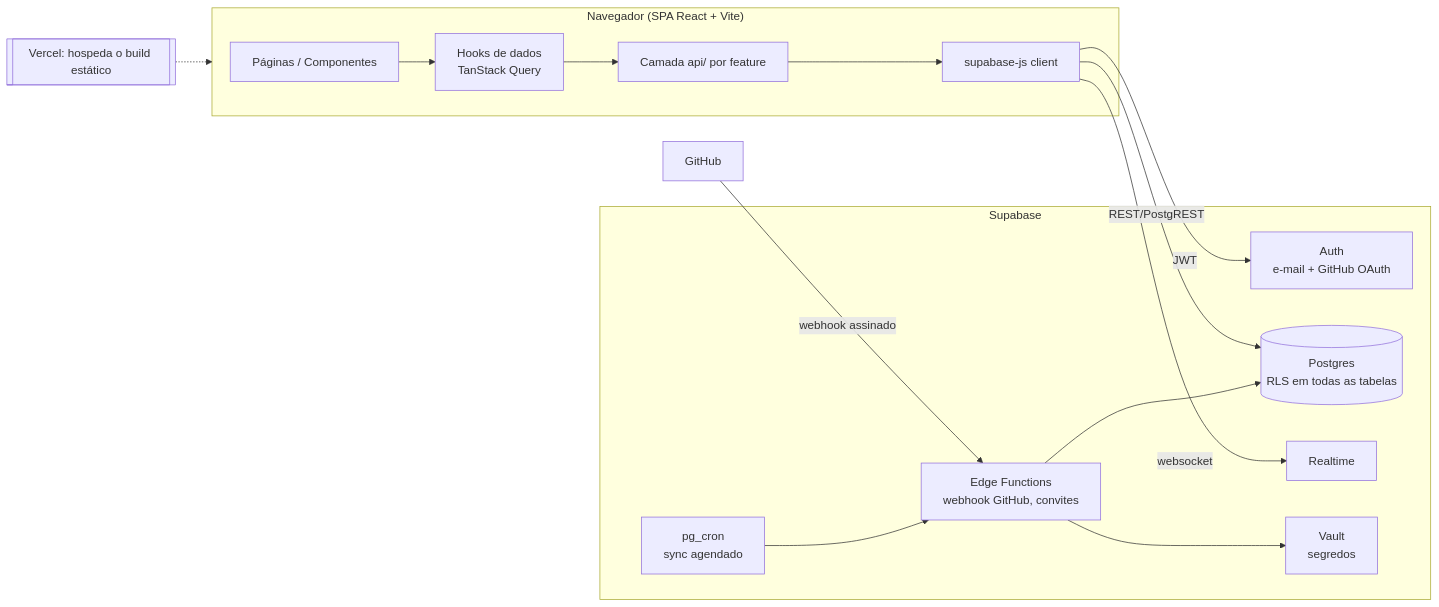
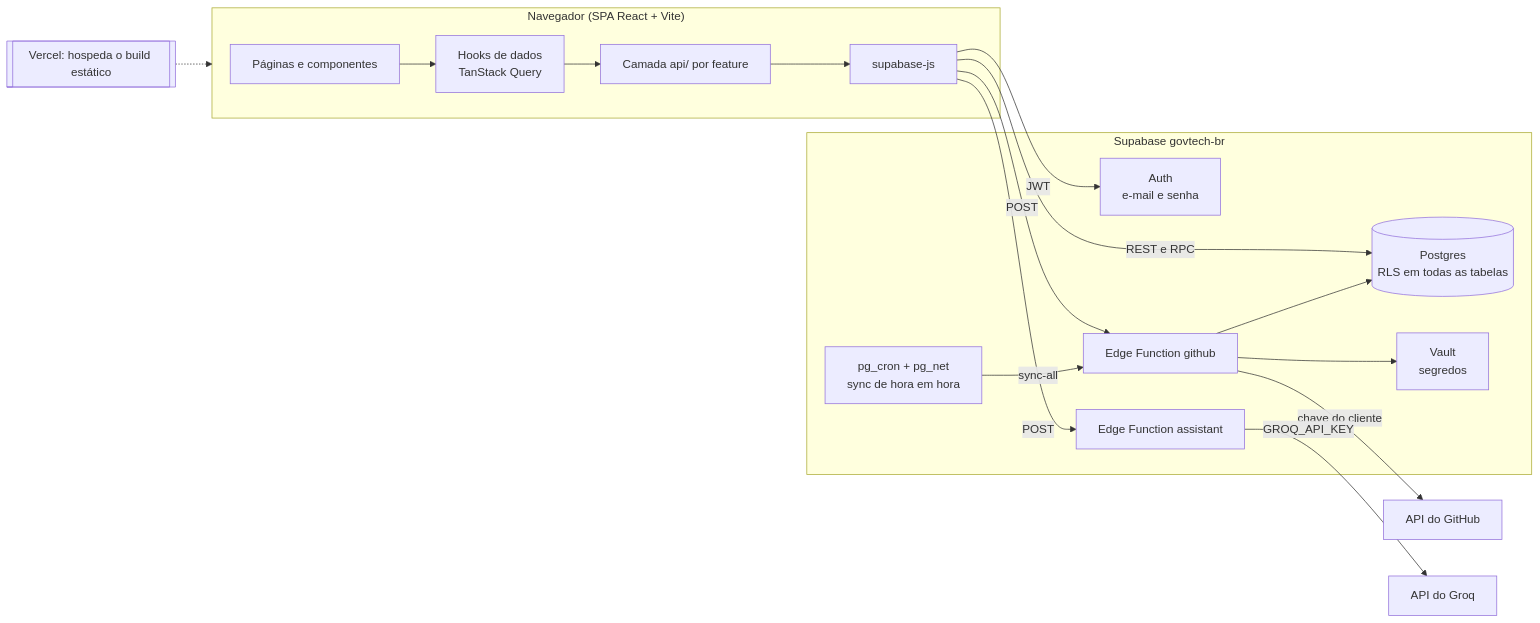
The first of 2 diagrams in docs/PLANO_TECNICO.md (govtechbr/govtech), drawn with Mermaid before and after one commit. The commit also changed other lines of this file, not shown here.

Commit message:
docs(plan): rewrite the technical plan as the current architecture and decision log

````diff
--- a/docs/PLANO_TECNICO.md
+++ b/docs/PLANO_TECNICO.md
@@ -87,26 +74,28 @@
 ```mermaid
 flowchart LR
   subgraph Browser["Navegador (SPA React + Vite)"]
-    UI[Páginas / Componentes] --> HK[Hooks de dados<br/>TanStack Query]
-    HK --> API[Camada api/ por feature]
-    API --> SB[supabase-js client]
+    UI[Páginas e componentes] --> HK[Hooks de dados<br/>TanStack Query]
+    HK --> API["Camada api/ por feature"]
+    API --> SB[supabase-js]
   end
 
-  subgraph Supabase
-    AUTH[Auth<br/>e-mail + GitHub OAuth]
-    PG[(Postgres<br/>RLS em todas as tabelas)]
-    RT[Realtime]
-    EF[Edge Functions<br/>webhook GitHub, convites]
+  subgraph Supabase["Supabase govtech-br"]
+    AUTH[Auth<br/>e-mail e senha]
+    PG[("Postgres<br/>RLS em todas as tabelas")]
+    EFG[Edge Function github]
+    EFA[Edge Function assistant]
     VAULT[Vault<br/>segredos]
-    CRON[pg_cron<br/>sync agendado]
+    CRON["pg_cron + pg_net<br/>sync de hora em hora"]
   end
 
   SB -- JWT --> AUTH
-  SB -- REST/PostgREST --> PG
-  SB -- websocket --> RT
-  GH[GitHub] -- webhook assinado --> EF
-  EF --> PG
-  EF --> VAULT
-  CRON --> EF
+  SB -- REST e RPC --> PG
+  SB -- POST --> EFG
+  SB -- POST --> EFA
+  EFG --> PG
+  EFG --> VAULT
+  EFG -- chave do cliente --> GH[API do GitHub]
+  EFA -- GROQ_API_KEY --> GROQ[API do Groq]
+  CRON -- sync-all --> EFG
   Vercel[[Vercel: hospeda o build estático]] -.-> Browser
 ```
````
